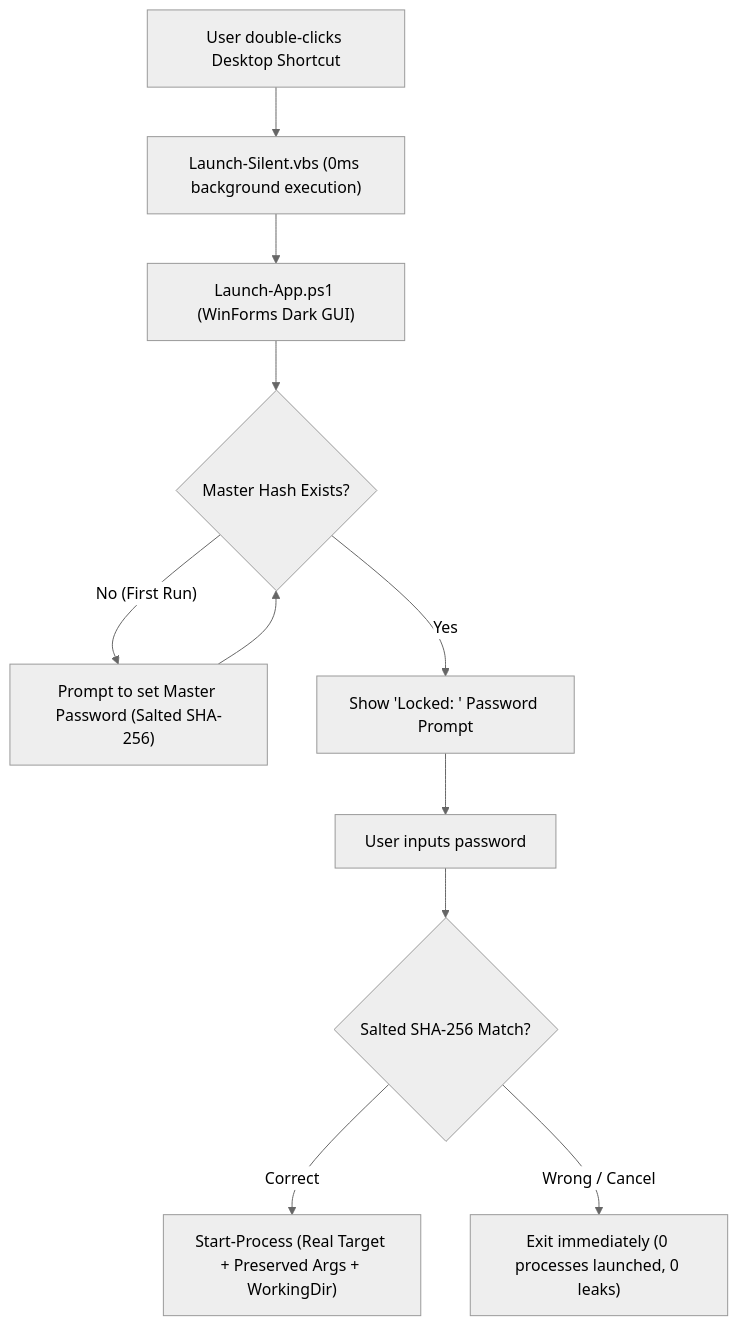
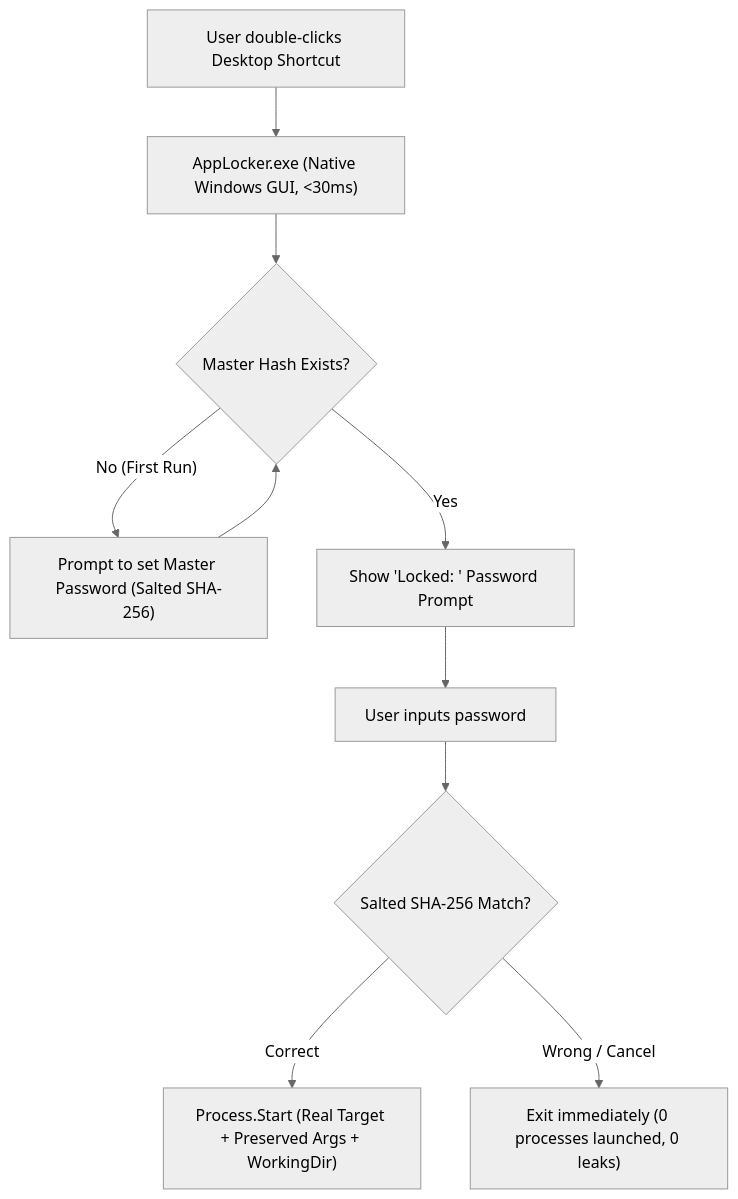
One commit to nafeestariq567/Win11 changed the diagram in app-locker/README.md. Above: the diagram before and after it, drawn with Mermaid (neutral theme). The commit also changed other lines of this file and 5 other files, not shown here.

Commit message:
chore(app-locker): cleanup legacy VBS/PS launch scripts and update documentation

````diff
--- a/app-locker/README.md
+++ b/app-locker/README.md
@@ -20,16 +20,15 @@
 ```mermaid
 flowchart TD
-    User["User double-clicks Desktop Shortcut"] --> Silent["Launch-Silent.vbs (0ms background execution)"]
-    Silent --> PS["Launch-App.ps1 (WinForms Dark GUI)"]
-    PS --> CheckFirst{"Master Hash Exists?"}
+    User["User double-clicks Desktop Shortcut"] --> Native["AppLocker.exe (Native Windows GUI, <30ms)"]
+    Native --> CheckFirst{"Master Hash Exists?"}
     
     CheckFirst -->|"No (First Run)"| Setup["Prompt to set Master Password (Salted SHA-256)"]
     Setup --> CheckFirst
     
     CheckFirst -->|"Yes"| Dialog["Show 'Locked: <AppName>' Password Prompt"]
     Dialog --> Input["User inputs password"]
     Input --> Validate{"Salted SHA-256 Match?"}
     
-    Validate -->|"Correct"| Start["Start-Process (Real Target + Preserved Args + WorkingDir)"]
+    Validate -->|"Correct"| Start["Process.Start (Real Target + Preserved Args + WorkingDir)"]
     Validate -->|"Wrong / Cancel"| Terminate["Exit immediately (0 processes launched, 0 leaks)"]
 ```
````
